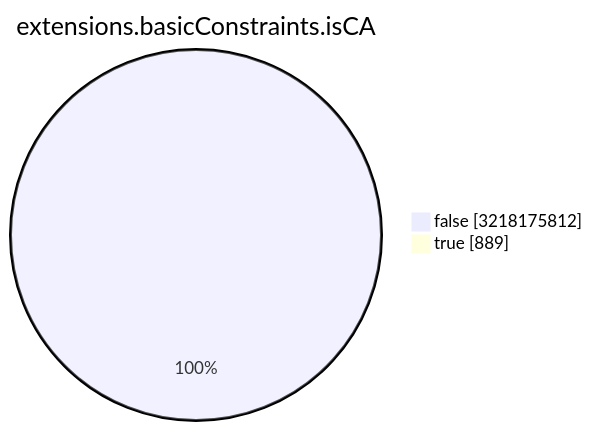
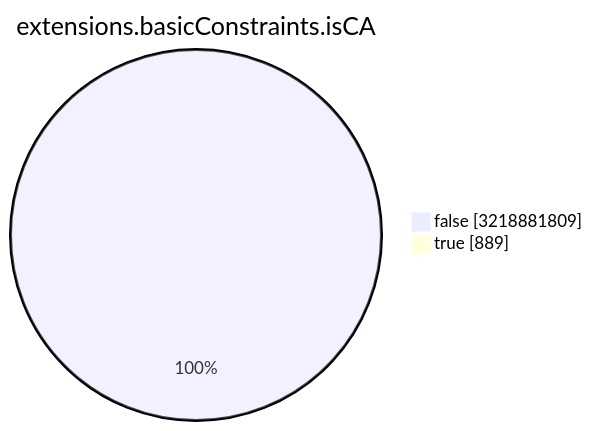
Before and after one commit to christiankrug/ctmonitor_visualization: the seventh of 15 diagrams in TOTAL/README.md, drawn with Mermaid. The commit also changed other lines of this file, not shown here.

````diff
--- a/TOTAL/README.md
+++ b/TOTAL/README.md
@@ -3088,6 +3088,6 @@
 ```mermaid
 pie showData
 title extensions.basicConstraints.isCA
-"false" :3218175812
+"false" :3218881809
 "true" :889
 ```
````
